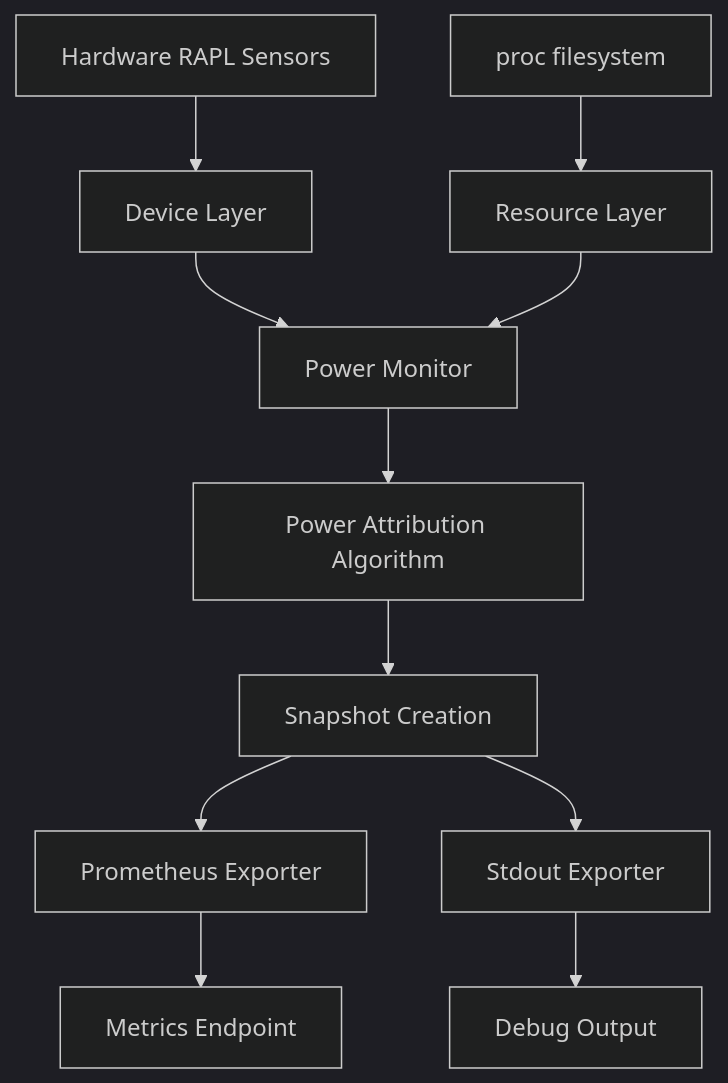
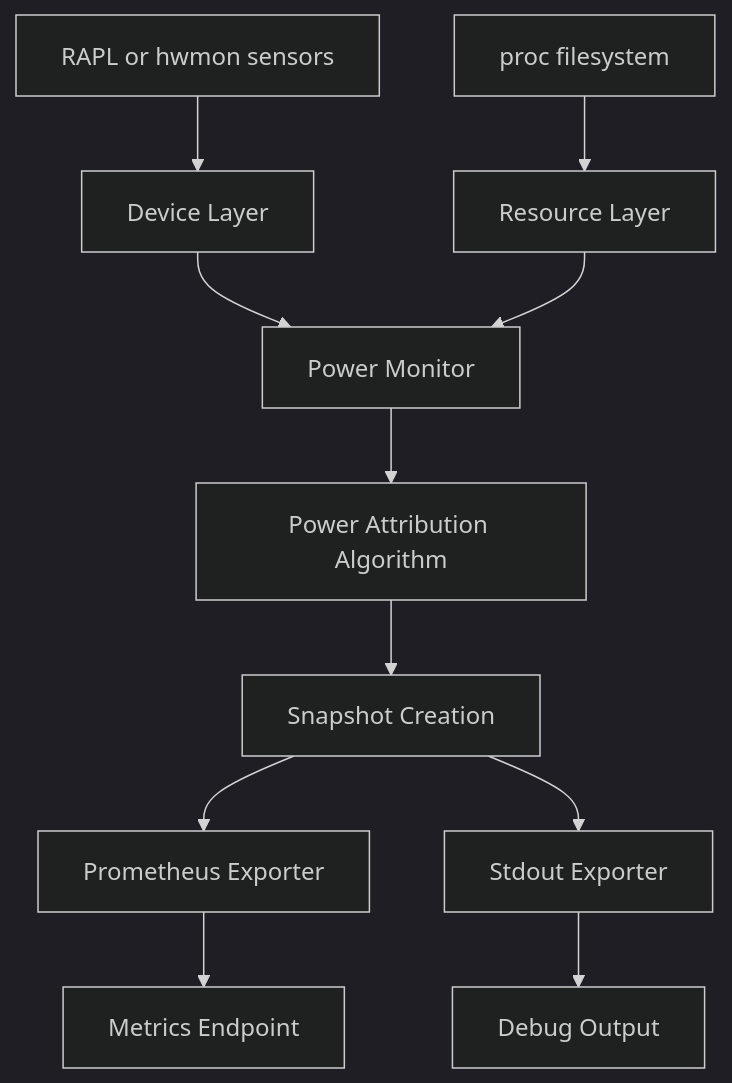
One commit to sustainable-computing-io/kepler changed the diagram in docs/developer/design/architecture/data-flow.md. Above: the diagram before and after it, drawn with Mermaid (dark theme). The commit also changed other lines of this file and 3 other files, not shown here.

````diff
--- a/docs/developer/design/architecture/data-flow.md
+++ b/docs/developer/design/architecture/data-flow.md
@@ -19,17 +19,17 @@
 ```mermaid
 graph TD
-    A[Hardware RAPL Sensors] --> B[Device Layer]
+    A[RAPL or hwmon sensors] --> B[Device Layer]
     C[proc filesystem] --> D[Resource Layer]
 
     B --> E[Power Monitor]
     D --> E
 
     E --> F[Power Attribution Algorithm]
     F --> G[Snapshot Creation]
 
     G --> H[Prometheus Exporter]
     G --> I[Stdout Exporter]
 
     H --> J[Metrics Endpoint]
     I --> K[Debug Output]
 ```
````
